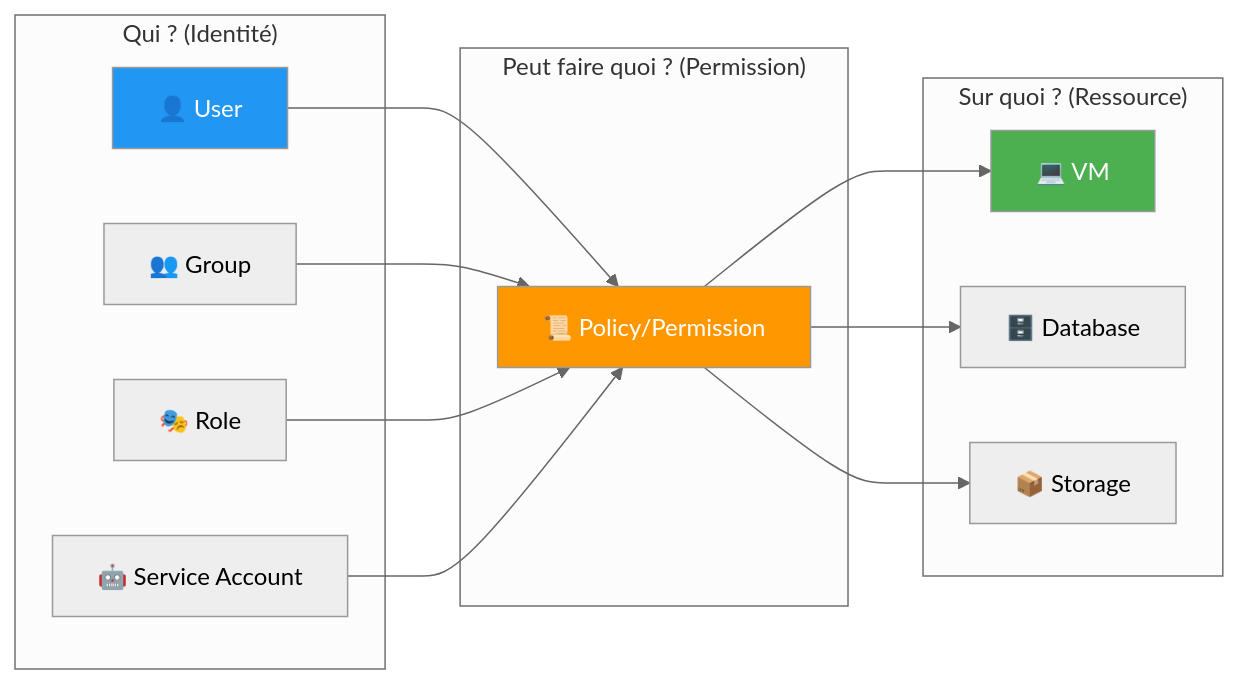
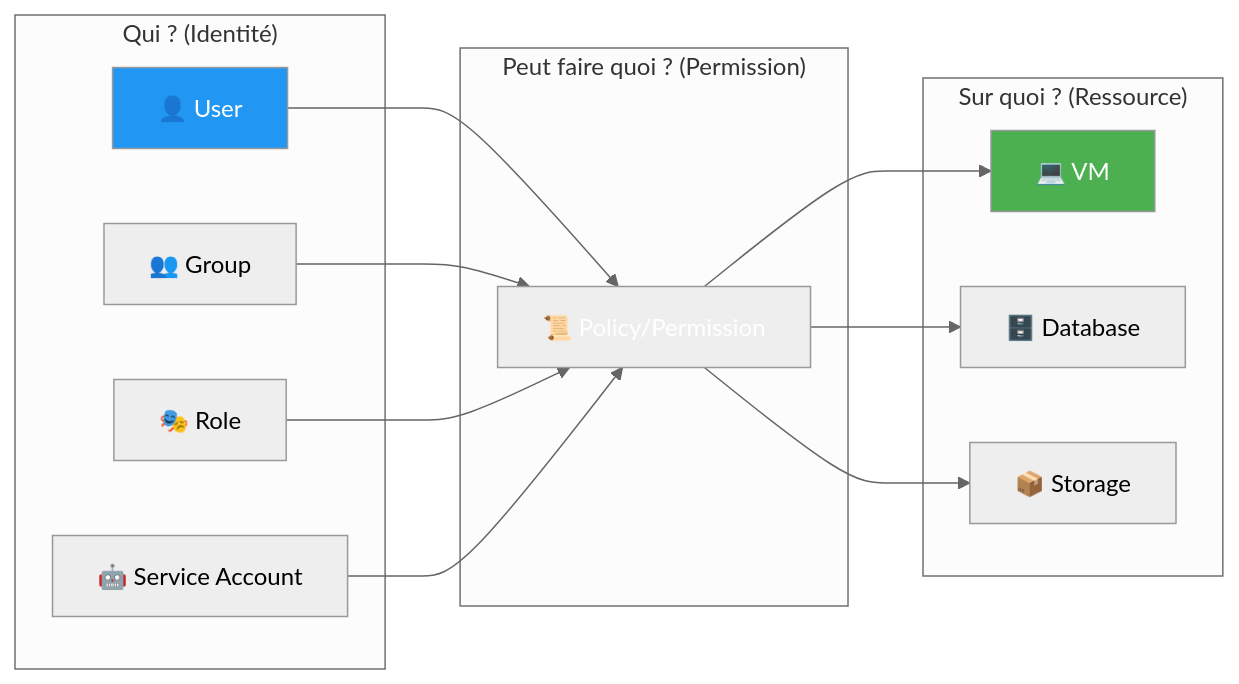
The second of 12 diagrams in docs/formations/cloud-fundamentals/04-module.md (VBlackJack/ShellBook), drawn with Mermaid (neutral theme) before and after one commit. The commit also changed other lines of this file and 337 other files, not shown here.

First line of the commit message:
refactor(docs): Standardize code blocks and Mermaid colors

````diff
--- a/docs/formations/cloud-fundamentals/04-module.md
+++ b/docs/formations/cloud-fundamentals/04-module.md
@@ -66,31 +66,31 @@
 ```mermaid
 graph LR
     subgraph "Qui ? (Identité)"
         USER["👤 User"]
         GROUP["👥 Group"]
         ROLE["🎭 Role"]
         SA["🤖 Service Account"]
     end
 
     subgraph "Peut faire quoi ? (Permission)"
         POLICY["📜 Policy/Permission"]
     end
 
     subgraph "Sur quoi ? (Ressource)"
         VM["💻 VM"]
         DB["🗄️ Database"]
         STORAGE["📦 Storage"]
     end
 
     USER --> POLICY
     GROUP --> POLICY
     ROLE --> POLICY
     SA --> POLICY
     POLICY --> VM
     POLICY --> DB
     POLICY --> STORAGE
 
     style USER fill:#2196f3,color:#fff
-    style POLICY fill:#ff9800,color:#fff
+    style POLICY fill:#FF9800800800,color:#fff
     style VM fill:#4caf50,color:#fff
 ```
````
